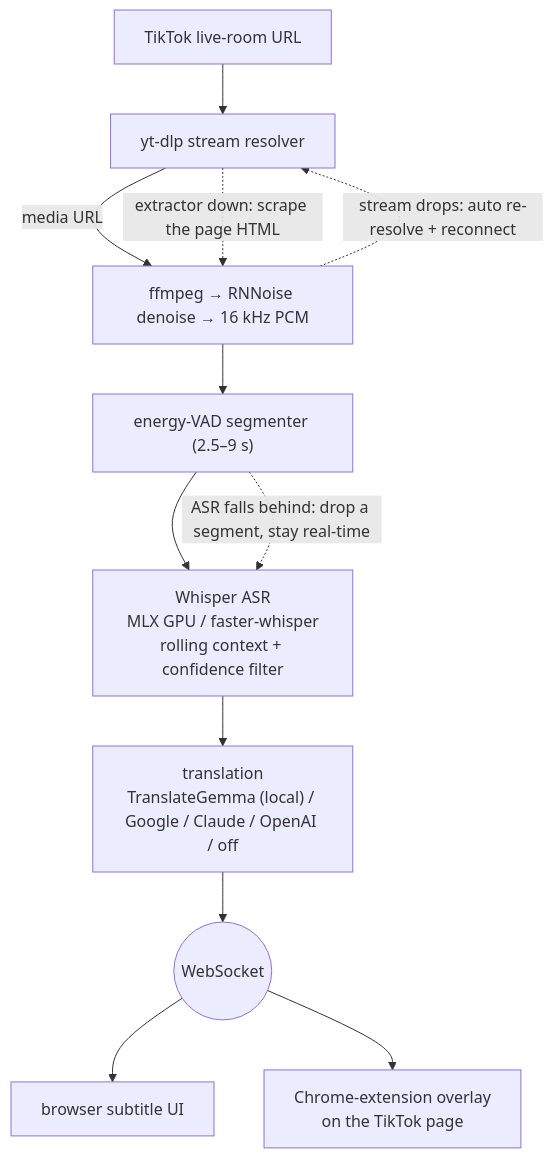
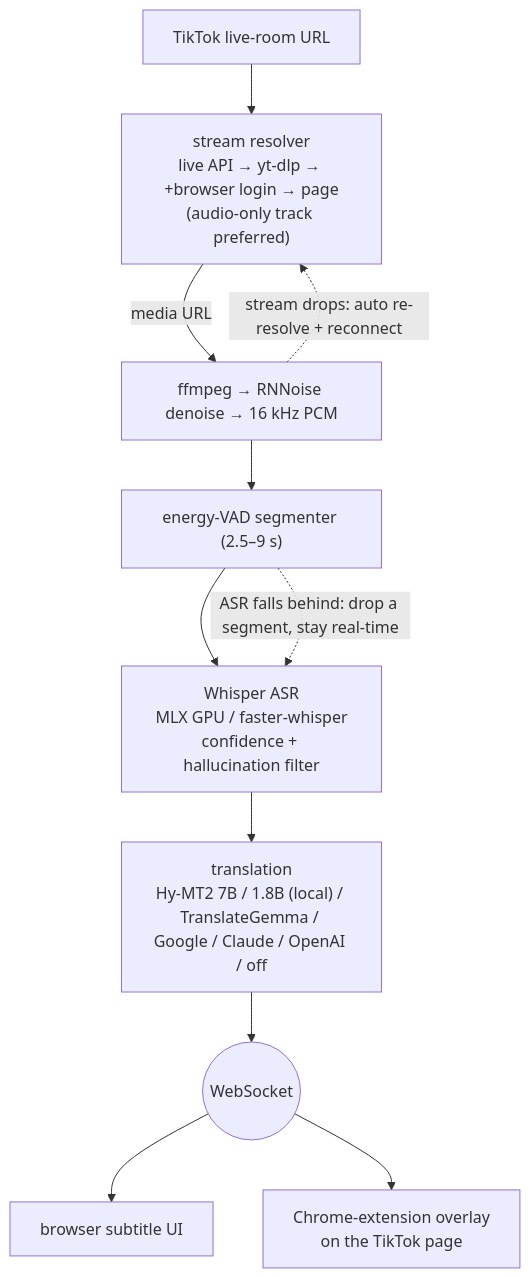
The first of 2 diagrams in README.md (EM917/tiktok-live-translator), drawn with Mermaid before and after one commit. The commit also changed other lines of this file, not shown here.

````diff
--- a/README.md
+++ b/README.md
@@ -184,14 +188,13 @@
 ```mermaid
 flowchart TD
-    URL["TikTok live-room URL"] --> RESOLVE["yt-dlp stream resolver"]
+    URL["TikTok live-room URL"] --> RESOLVE["stream resolver<br/>live API → yt-dlp → +browser login → page<br/>(audio-only track preferred)"]
     RESOLVE -->|"media URL"| FF["ffmpeg → RNNoise denoise → 16 kHz PCM"]
-    RESOLVE -.->|"extractor down: scrape the page HTML"| FF
     FF --> VAD["energy-VAD segmenter (2.5–9 s)"]
-    VAD --> ASR["Whisper ASR<br/>MLX GPU / faster-whisper<br/>rolling context + confidence filter"]
-    ASR --> TR["translation<br/>TranslateGemma (local) / Google / Claude / OpenAI / off"]
+    VAD --> ASR["Whisper ASR<br/>MLX GPU / faster-whisper<br/>confidence + hallucination filter"]
+    ASR --> TR["translation<br/>Hy-MT2 7B / 1.8B (local) / TranslateGemma / Google / Claude / OpenAI / off"]
     TR --> WS(("WebSocket"))
     WS --> UI["browser subtitle UI"]
     WS --> OV["Chrome-extension overlay<br/>on the TikTok page"]
     FF -.->|"stream drops: auto re-resolve + reconnect"| RESOLVE
     VAD -.->|"ASR falls behind: drop a segment, stay real-time"| ASR
 ```
````
